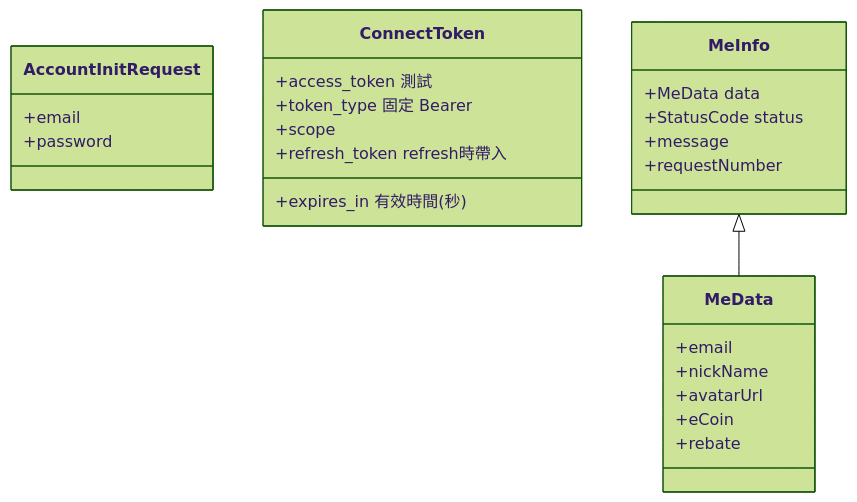
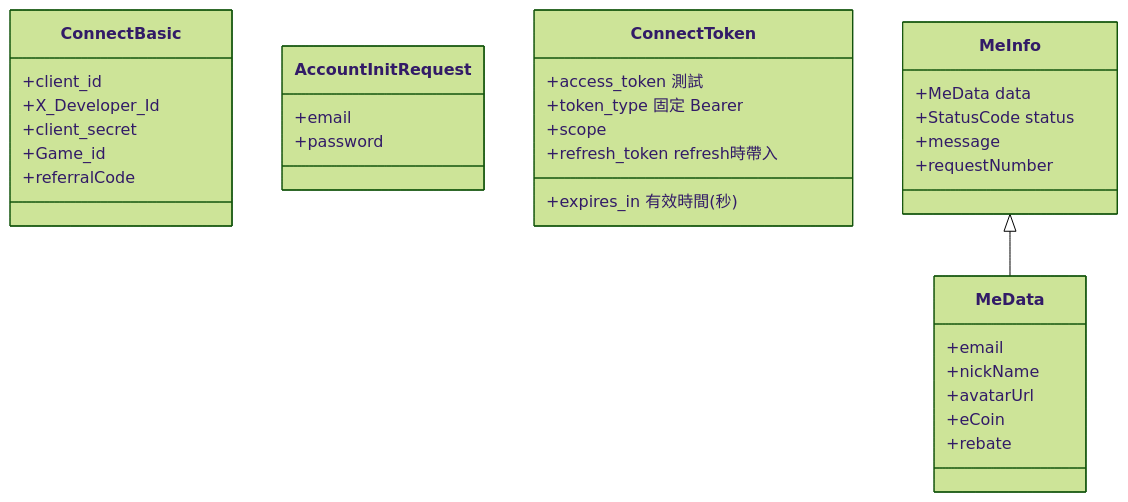
One commit to jianweiCiou/com.17dame.connecttool_unity changed the second of 2 diagrams in README.md. Above: the diagram before and after it, drawn with Mermaid (forest theme). The commit also changed other lines of this file, not shown here.

````diff
--- a/README.md
+++ b/README.md
@@ -157,31 +153,40 @@
 ```mermaid 
-classDiagram
+classDiagram 
+    class ConnectBasic{
+      +client_id 
+      +X_Developer_Id  
+      +client_secret  
+      +Game_id  
+      +referralCode  
+    }
+
     class AccountInitRequest{
       +email 
       +password  
     }
 
     class ConnectToken{
       +access_token 測試 
       +token_type 固定 Bearer
       +expires_in 有效時間 (秒) 
       +scope 
       +refresh_token  refresh時帶入
     }
     
     class MeData{
       +email
       +nickName
       +avatarUrl
       +eCoin
       +rebate
     }
 
     MeInfo<|-- MeData
     class MeInfo{
       +MeData data
       +StatusCode status
       +message
       +requestNumber
     }
+
 ```
````
